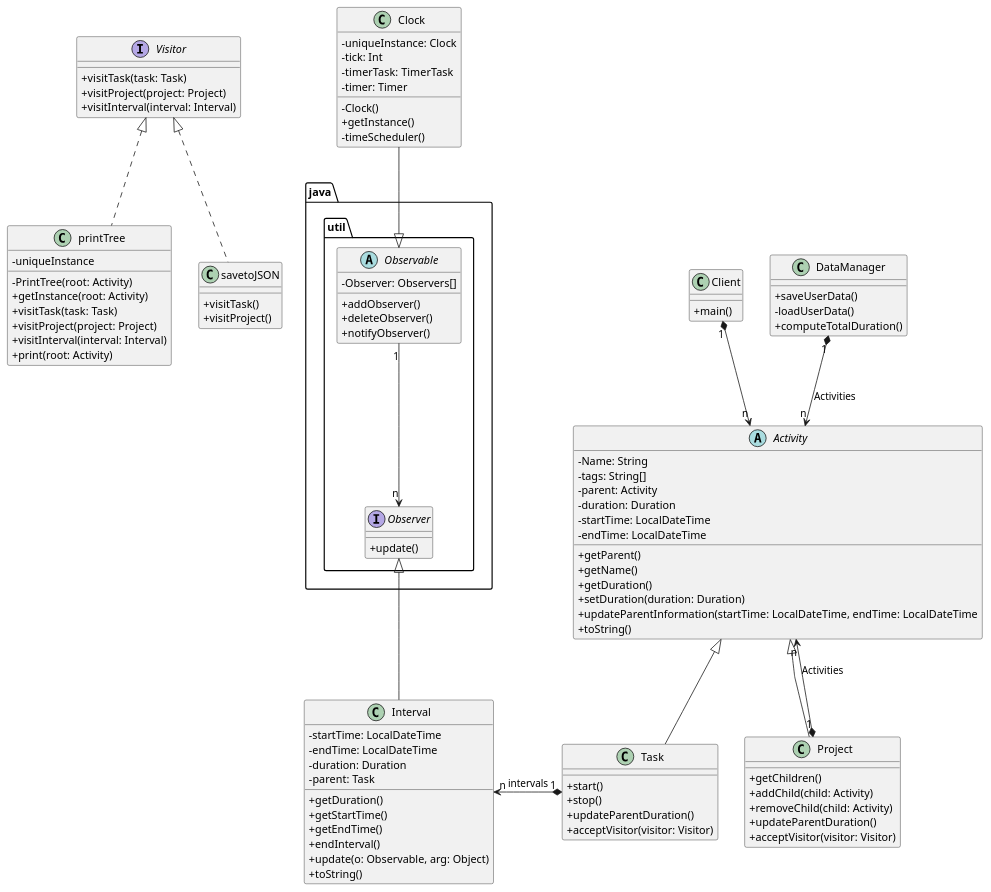
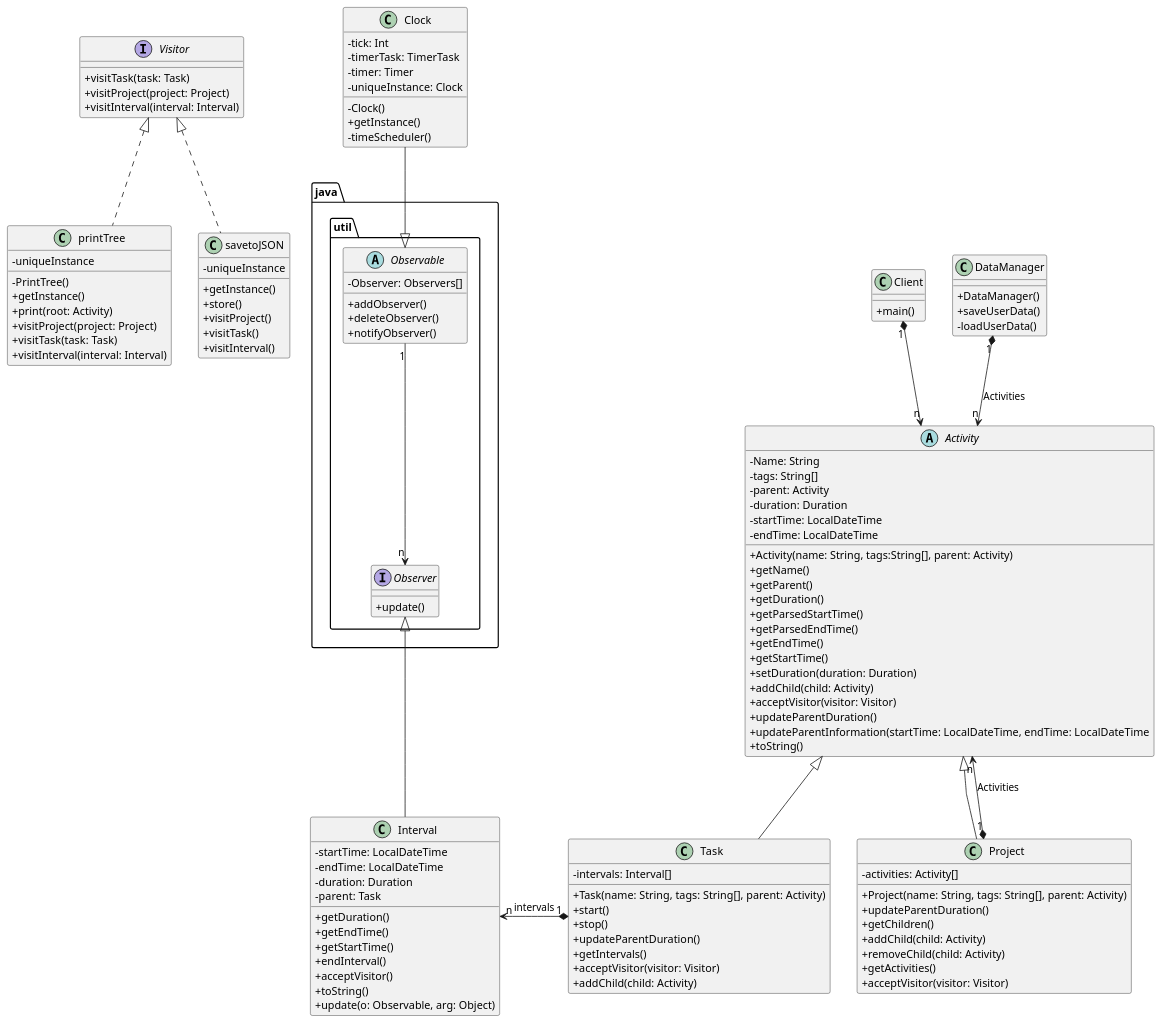
The diagram in Time_Tracker/DSTimeTracker.puml (quimcamprubi/DS_Time_Tracker), drawn with PlantUML before and after one commit. The commit also changed 6 other files, not shown here.

Commit message:
new uml diagram

```diff
--- a/Time_Tracker/DSTimeTracker.puml
+++ b/Time_Tracker/DSTimeTracker.puml
@@ -1,114 +1,136 @@
 @startuml 
 
 skinparam classAttributeIconSize 0
 skinparam linetype polyline
 
 abstract class Activity {
 - Name: String
 - tags: String[]
 - parent: Activity
 - duration: Duration
 - startTime: LocalDateTime
 - endTime: LocalDateTime
++ Activity(name: String, tags:String[], parent: Activity)
+
+
++ getName()
 + getParent()
-+ getName()
 + getDuration()
++ getParsedStartTime()
++ getParsedEndTime()
++ getEndTime()
++ getStartTime()
 + setDuration(duration: Duration)
++ addChild(child: Activity)
++ acceptVisitor(visitor: Visitor)
++ updateParentDuration()
 + updateParentInformation(startTime: LocalDateTime, endTime: LocalDateTime
 + toString()
 }
 
 class Project extends Activity {
+- activities: Activity[]
++ Project(name: String, tags: String[], parent: Activity)
++ updateParentDuration()
 + getChildren()
 + addChild(child: Activity)
 + removeChild(child: Activity)
-+ updateParentDuration()
++ getActivities()
 + acceptVisitor(visitor: Visitor)
 }
 
 class Task extends Activity {
+- intervals: Interval[]
++ Task(name: String, tags: String[], parent: Activity)
 + start()
 + stop()
 + updateParentDuration()
++ getIntervals()
 + acceptVisitor(visitor: Visitor)
++ addChild(child: Activity)
 }
 
 Interface Visitor{
 + visitTask(task: Task)
 + visitProject(project: Project)
 + visitInterval(interval: Interval)
 }
 
 class printTree {
 - uniqueInstance
-- PrintTree(root: Activity)
-+ getInstance(root: Activity)
+- PrintTree()
++ getInstance()
++ print(root: Activity)
++ visitProject(project: Project)
 + visitTask(task: Task)
-+ visitProject(project: Project)
 + visitInterval(interval: Interval)
-+ print(root: Activity)
 }
 
 class savetoJSON {
+- uniqueInstance
++ getInstance()
++ store()
++ visitProject()
 + visitTask()
-+ visitProject()
++ visitInterval()
 }
 
 class Interval{
 - startTime: LocalDateTime
 - endTime: LocalDateTime
 - duration: Duration
 - parent: Task
 + getDuration()
++ getEndTime()
 + getStartTime()
-+ getEndTime()
 + endInterval()
++ acceptVisitor()
++ toString()
 + update(o: Observable, arg: Object)
-+ toString()
 }
 
 package java.util <<Folder>> {
     Interface Observer{
     + update()
     }
 
     abstract class Observable {
     - Observer: Observers[]
     + addObserver()
     + deleteObserver()
     + notifyObserver()
     }
 }
 
 class Clock {
-- uniqueInstance: Clock
 - tick: Int
 - timerTask: TimerTask
 - timer: Timer
+- uniqueInstance: Clock
 - Clock()
 + getInstance()
 - timeScheduler()
 }
 
 class Client {
 + main()
 }
 
 class DataManager {
++ DataManager()
 + saveUserData()
 - loadUserData()
-+ computeTotalDuration()
 }
 
 DataManager "1" *-down-> "n" Activity: Activities
 Project "1" *-up-> "n" Activity: Activities
 Client "1" *-down-> "n" Activity
 Task "1" *-left-> "n" Interval: intervals
 Clock -down-|> Observable
 Observable "1" -Down-> "n" Observer
 Interval -up-|> Observer
 Task -[hidden]right-> Project
 printTree .up.|> Visitor
 savetoJSON .up.|> Visitor
 
 @enduml
```
